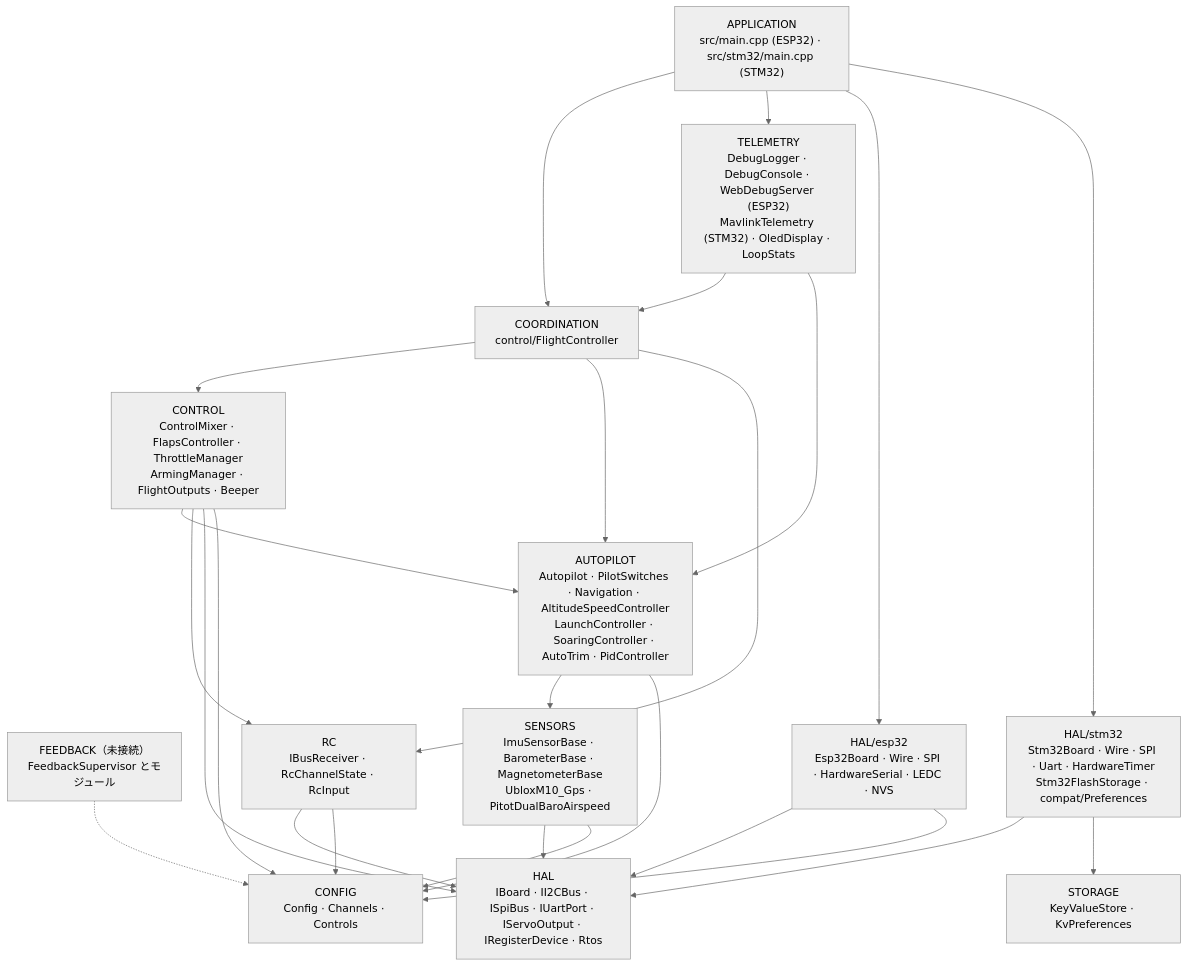
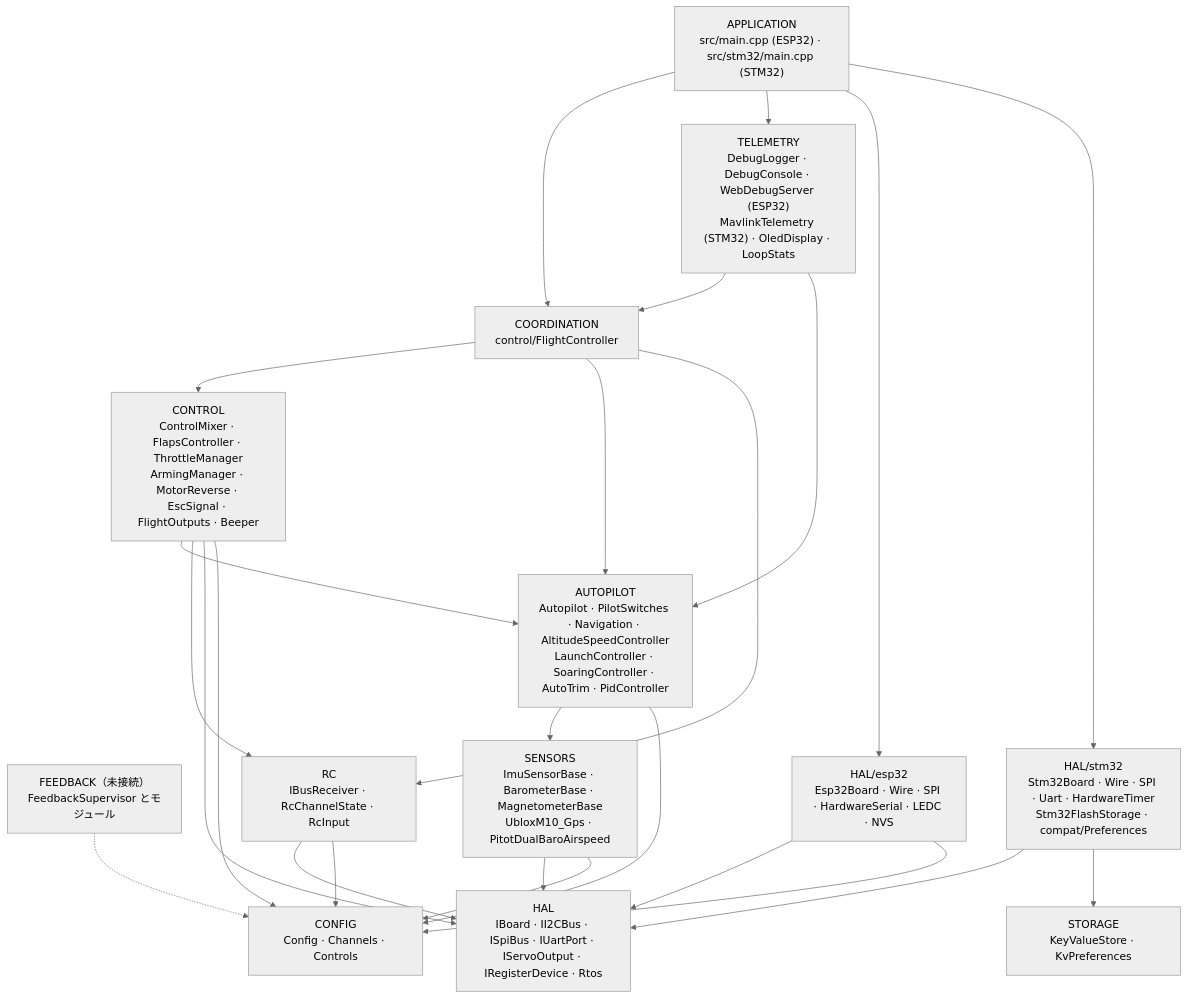
One commit to damir-lebedev/OpenPlaneProject changed the first of 11 diagrams in docs/i18n/ja/ARCHITECTURE.md. Above: the diagram before and after it, drawn with Mermaid (neutral theme). The commit also changed other lines of this file and 166 other files, not shown here.

First line of the commit message:
Make the bidirectional BLHeli 80A ESC the main one, with a disarm-only motor reverse

````diff
--- a/docs/i18n/ja/ARCHITECTURE.md
+++ b/docs/i18n/ja/ARCHITECTURE.md
@@ -56,41 +56,41 @@
 ```mermaid
 flowchart TD
     APP["APPLICATION<br/>src/main.cpp (ESP32) · src/stm32/main.cpp (STM32)"]
     COORD["COORDINATION<br/>control/FlightController"]
     TELE["TELEMETRY<br/>DebugLogger · DebugConsole · WebDebugServer (ESP32)<br/>MavlinkTelemetry (STM32) · OledDisplay · LoopStats"]
-    CTRL["CONTROL<br/>ControlMixer · FlapsController · ThrottleManager<br/>ArmingManager · FlightOutputs · Beeper"]
+    CTRL["CONTROL<br/>ControlMixer · FlapsController · ThrottleManager<br/>ArmingManager · MotorReverse · EscSignal · FlightOutputs · Beeper"]
     AP["AUTOPILOT<br/>Autopilot · PilotSwitches · Navigation · AltitudeSpeedController<br/>LaunchController · SoaringController · AutoTrim · PidController"]
     FB["FEEDBACK（未接続）<br/>FeedbackSupervisor とモジュール"]
     RC["RC<br/>IBusReceiver · RcChannelState · RcInput"]
     SENS["SENSORS<br/>ImuSensorBase · BarometerBase · MagnetometerBase<br/>UbloxM10_Gps · PitotDualBaroAirspeed"]
     HAL["HAL<br/>IBoard · II2CBus · ISpiBus · IUartPort · IServoOutput · IRegisterDevice · Rtos"]
     STORE["STORAGE<br/>KeyValueStore · KvPreferences"]
     ESP["HAL/esp32<br/>Esp32Board · Wire · SPI · HardwareSerial · LEDC · NVS"]
     STM["HAL/stm32<br/>Stm32Board · Wire · SPI · Uart · HardwareTimer<br/>Stm32FlashStorage · compat/Preferences"]
     CFG["CONFIG<br/>Config · Channels · Controls"]
 
     APP --> COORD
     APP --> TELE
     APP --> ESP
     APP --> STM
     TELE --> COORD
     TELE --> AP
     COORD --> CTRL
     COORD --> AP
     COORD --> RC
     CTRL --> AP
     CTRL --> RC
     CTRL --> HAL
     AP --> SENS
     RC --> HAL
     SENS --> HAL
     ESP --> HAL
     STM --> HAL
     STM --> STORE
     FB -.-> CFG
     AP --> CFG
     CTRL --> CFG
     RC --> CFG
     SENS --> CFG
     ESP --> CFG
 ```
````
